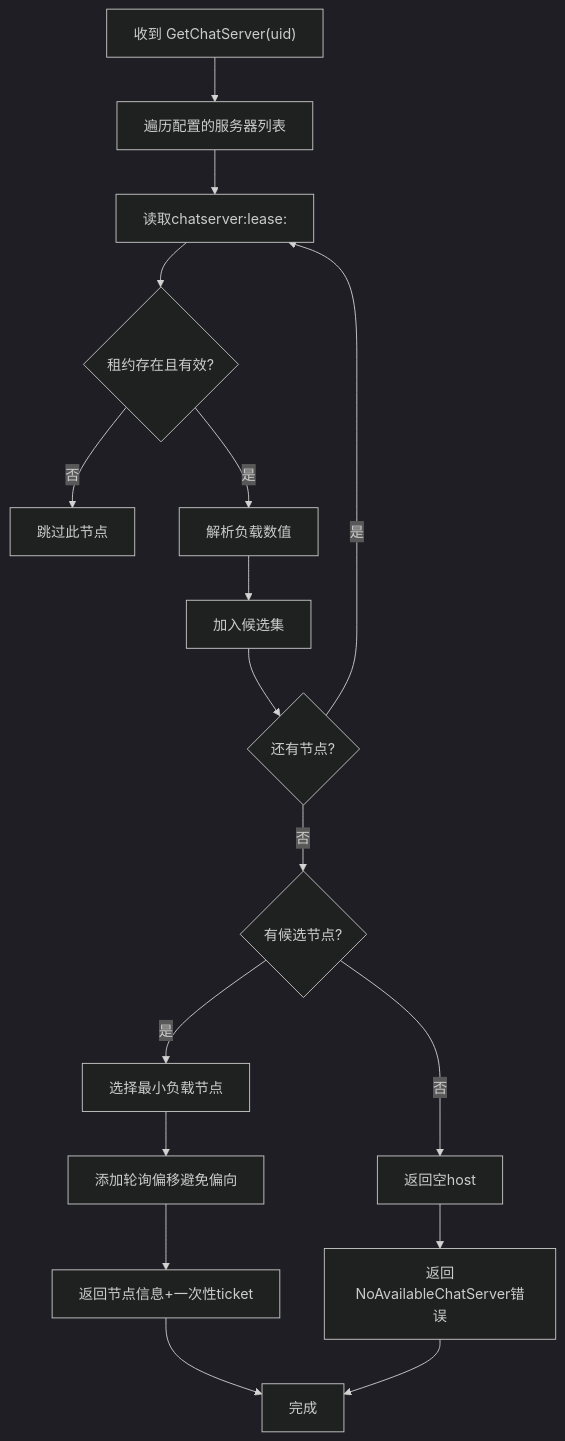
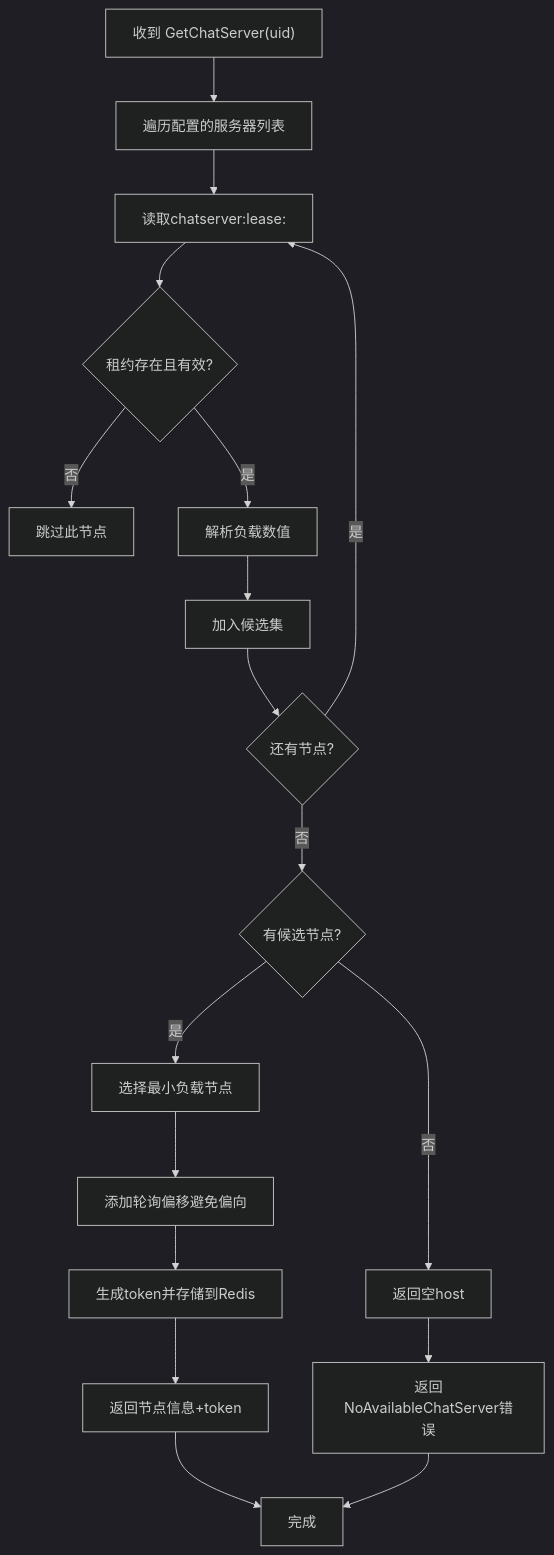
Before and after one commit to echo9923/mychatter: the fifth of 7 diagrams in .qoder/repowiki/zh/content/分布式系统/服务治理/服务注册与发现.md, drawn with Mermaid (dark theme). The commit also changed other lines of this file and 58 other files, not shown here.

````diff
--- a/.qoder/repowiki/zh/content/分布式系统/服务治理/服务注册与发现.md
+++ b/.qoder/repowiki/zh/content/分布式系统/服务治理/服务注册与发现.md
@@ -191,19 +192,20 @@
 ```mermaid
 flowchart TD
 A["收到 GetChatServer(uid)"] --> B["遍历配置的服务器列表"]
 B --> C["读取chatserver:lease:<name>"]
 C --> D{"租约存在且有效?"}
 D --> |否| E["跳过此节点"]
 D --> |是| F["解析负载数值"]
 F --> G["加入候选集"]
 G --> H{"还有节点?"}
 H --> |是| C
 H --> |否| I{"有候选节点?"}
 I --> |否| J["返回空host"]
 I --> |是| K["选择最小负载节点"]
 K --> L["添加轮询偏移避免偏向"]
-L --> M["返回节点信息+一次性ticket"]
-J --> N["返回NoAvailableChatServer错误"]
-M --> O["完成"]
-N --> O
+L --> M["生成token并存储到Redis"]
+M --> N["返回节点信息+token"]
+J --> O["返回NoAvailableChatServer错误"]
+N --> P["完成"]
+O --> P
 ```
````
